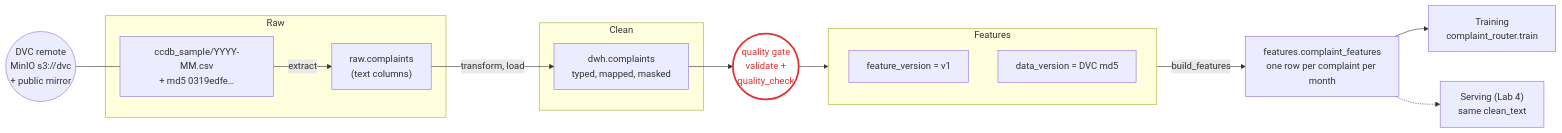
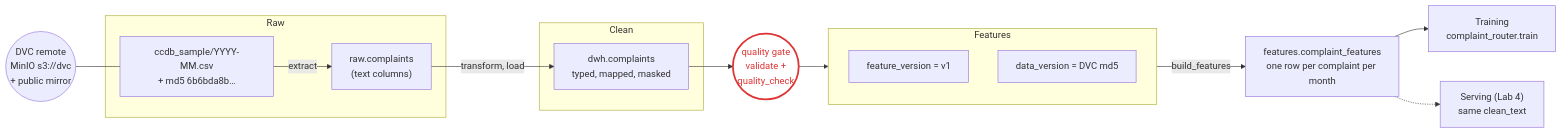
The third of 6 diagrams in docs/design.md (goodfrog33/kse-mlops-complaint-router), drawn with Mermaid before and after one commit. The commit also changed other lines of this file and 10 other files, not shown here.

````diff
--- a/docs/design.md
+++ b/docs/design.md
@@ -314,28 +314,28 @@
 ```mermaid
 flowchart LR
     REM(("DVC remote<br/>MinIO s3://dvc<br/>+ public mirror"))
     subgraph RAW["Raw"]
-        R1["ccdb_sample/YYYY-MM.csv<br/>+ md5 0319edfe…"]
+        R1["ccdb_sample/YYYY-MM.csv<br/>+ md5 6b6bda8b…"]
         R2["raw.complaints<br/>(text columns)"]
     end
     subgraph CLEAN["Clean"]
         C1["dwh.complaints<br/>typed, mapped, masked"]
     end
     QG(("quality gate<br/>validate +<br/>quality_check"))
     subgraph FEAT["Features"]
         F1["feature_version = v1"]
         F2["data_version = DVC md5"]
     end
     FT["features.complaint_features<br/>one row per complaint per month"]
     TRN["Training<br/>complaint_router.train"]
     SRV["Serving (Lab 4)<br/>same clean_text"]
     REM --- R1
     R1 -- extract --> R2
     R2 -- "transform, load" --> C1
     C1 --> QG --> FEAT
     FEAT -- build_features --> FT
     FT --> TRN
     FT -.-> SRV
     classDef mark fill:#fff,stroke:#d33,stroke-width:3px,color:#d33;
     class QG mark;
 ```
````
